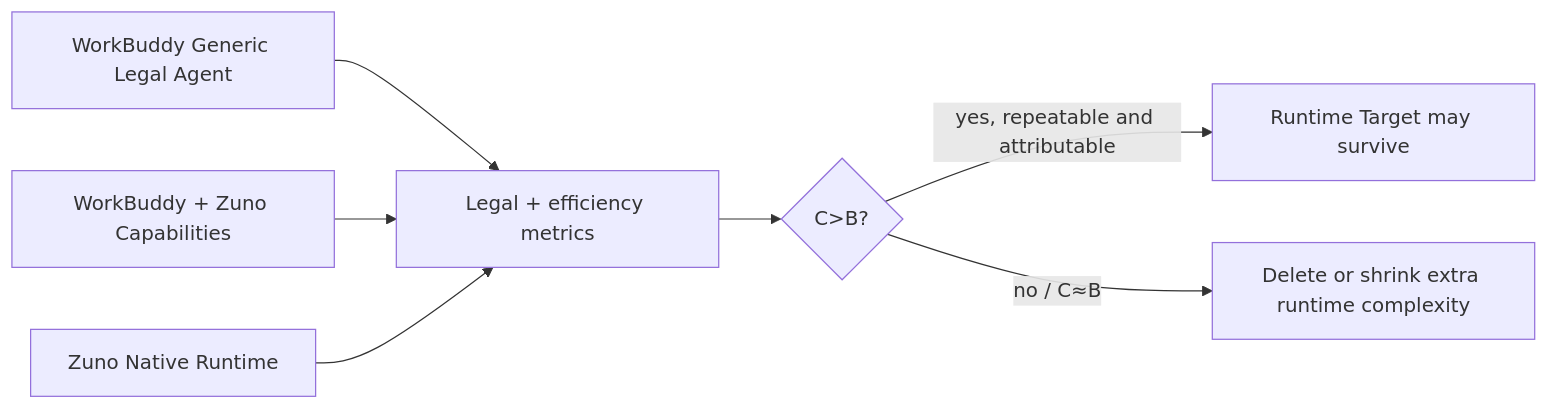
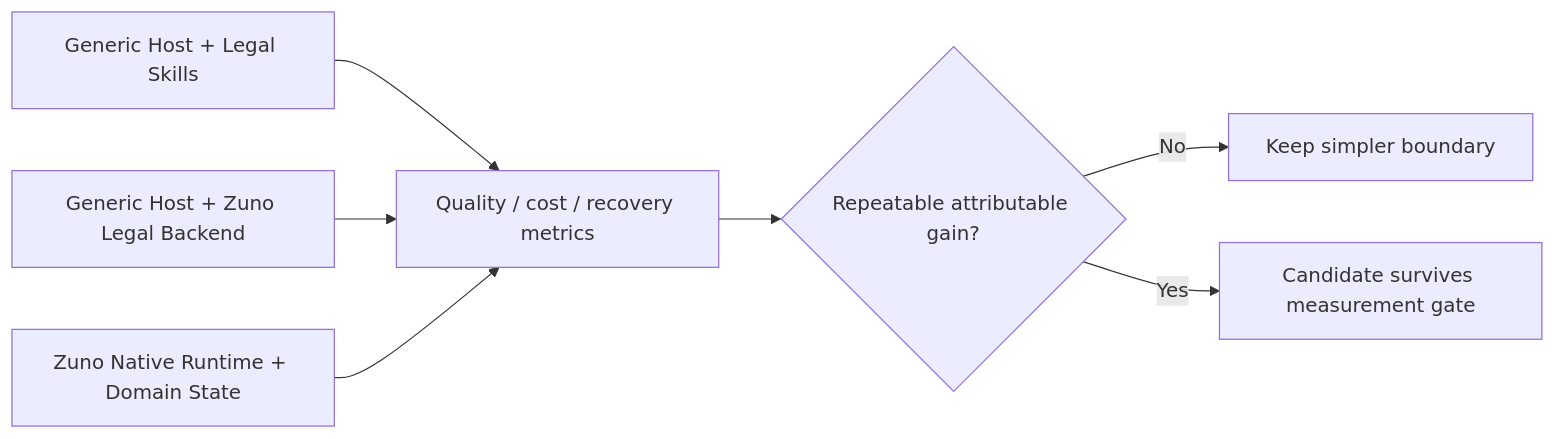
Before and after one commit to ProfessorZhi/Zuno: diagram 13 of 14 in docs/architecture/architecture-views.md, drawn with Mermaid. The commit also changed other lines of this file and 14 other files, not shown here.

Commit message:
docs: apply round 02 architecture revision

````diff
--- a/docs/architecture/architecture-views.md
+++ b/docs/architecture/architecture-views.md
@@ -237,9 +204,9 @@
 ```mermaid
 flowchart LR
-  A[WorkBuddy Generic Legal Agent] --> METRIC[Legal + efficiency metrics]
-  B[WorkBuddy + Zuno Capabilities] --> METRIC
-  C[Zuno Native Runtime] --> METRIC
-  METRIC --> GATE{C>B?}
-  GATE -->|yes, repeatable and attributable| KEEP[Runtime Target may survive]
-  GATE -->|no / C≈B| DELETE[Delete or shrink extra runtime complexity]
+  A[Generic Host + Legal Skills] --> METRIC[Quality / cost / recovery metrics]
+  B[Generic Host + Zuno Legal Backend] --> METRIC
+  C[Zuno Native Runtime + Domain State] --> METRIC
+  METRIC --> DECIDE{Repeatable attributable gain?}
+  DECIDE -->|No| SHRINK[Keep simpler boundary]
+  DECIDE -->|Yes| MEASURED[Candidate survives measurement gate]
 ```
````
